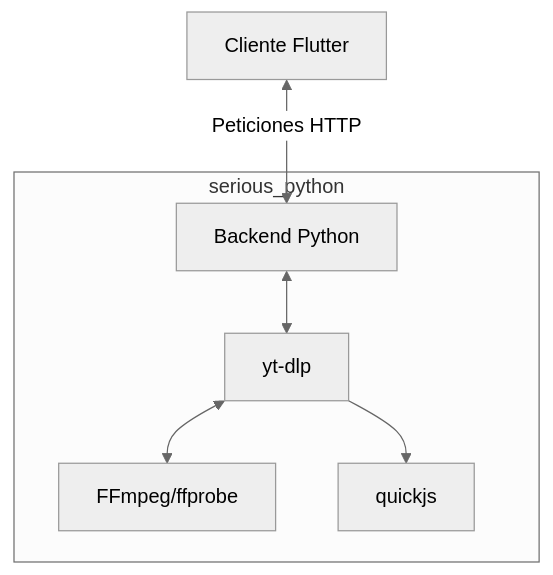
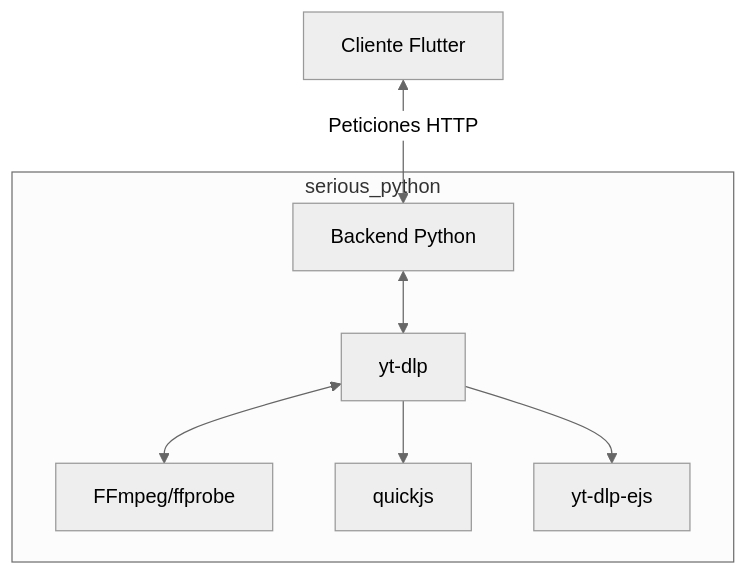
One commit to chomusuke-mk/vidra changed the diagram in README.md. Above: the diagram before and after it, drawn with Mermaid (neutral theme). The commit also changed other lines of this file and 52 other files, not shown here.

````diff
--- a/README.md
+++ b/README.md
@@ -53,9 +53,10 @@
 ```mermaid
 graph TD
   A[Cliente Flutter] <-->|Peticiones HTTP| B[Backend Python]
   subgraph serious_python
     B <--> C[yt-dlp]
     C <--> D[FFmpeg/ffprobe]
     C --> E[quickjs]
+    C --> F[yt-dlp-ejs]
   end
 ```
````
